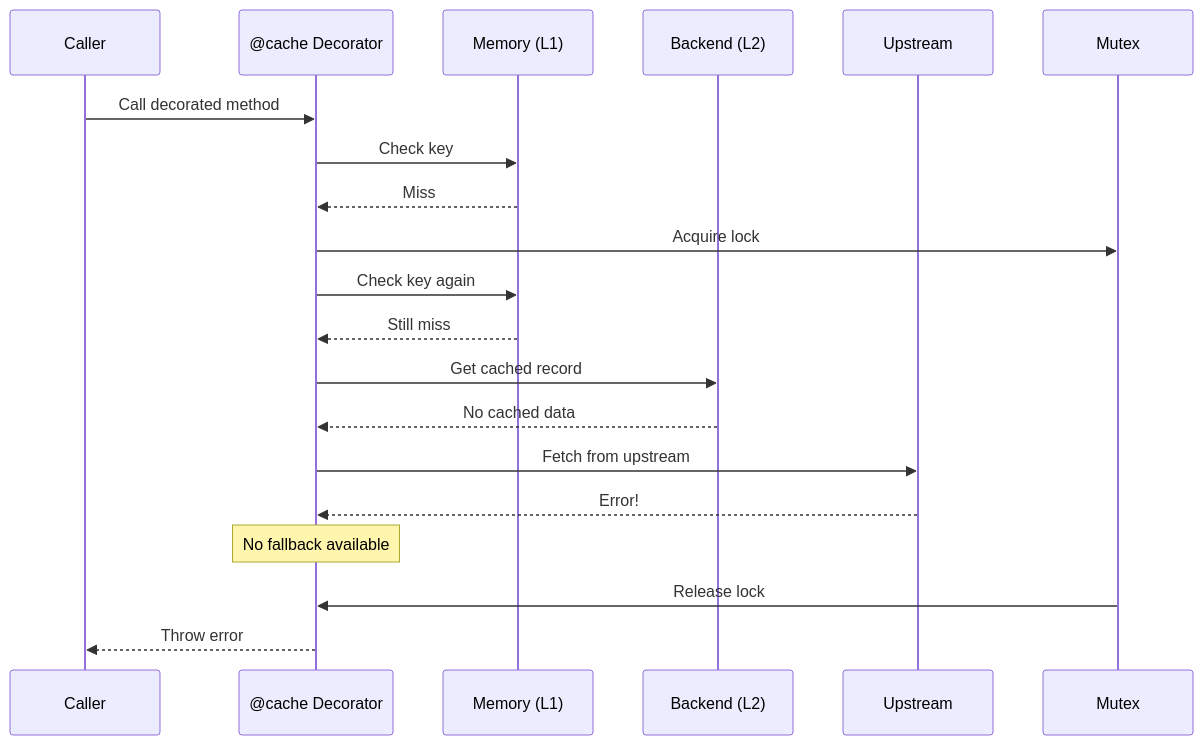
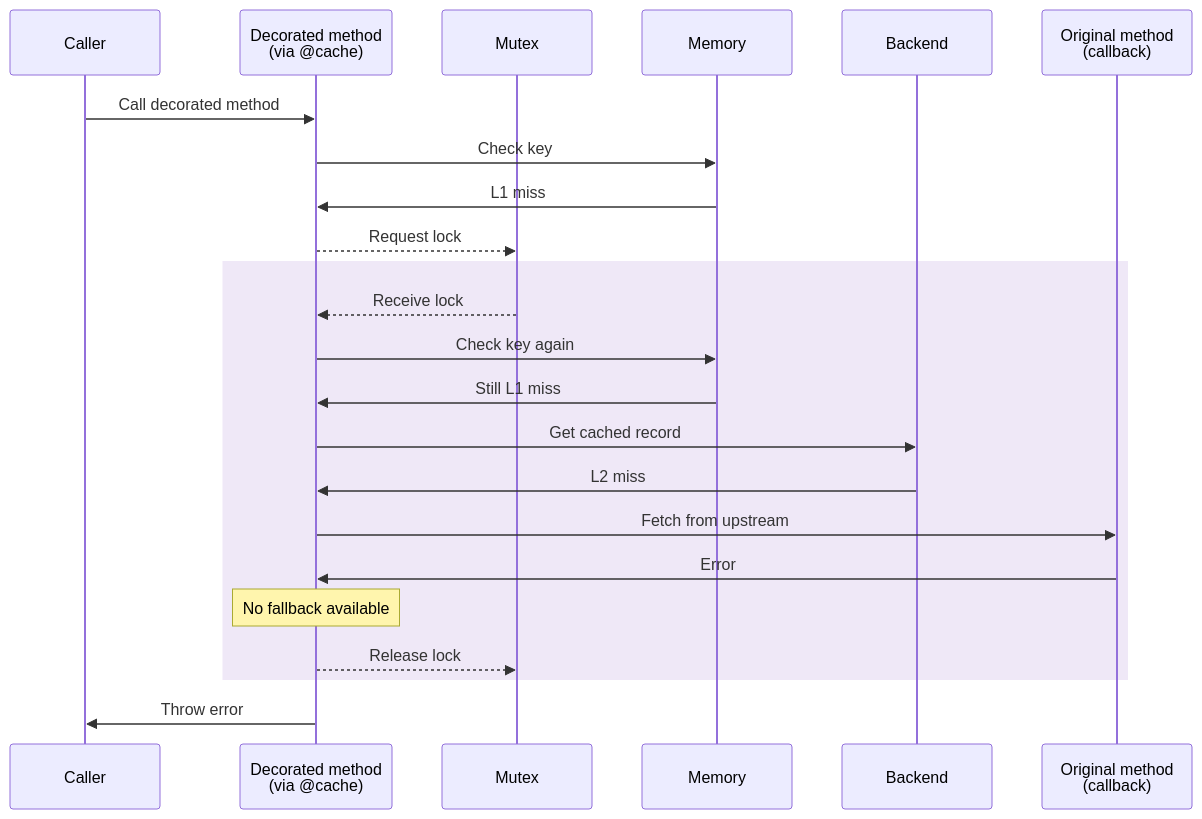
One commit to renovatebot/renovate changed the seventh of 9 diagrams in lib/util/cache/package/readme.md. Above: the diagram before and after it, drawn with Mermaid. The commit also changed other lines of this file, not shown here.

````diff
--- a/lib/util/cache/package/readme.md
+++ b/lib/util/cache/package/readme.md
@@ -208,27 +222,30 @@
 ```mermaid
 sequenceDiagram
     participant C as Caller
-    participant D as @cache Decorator
-    participant M as Memory (L1)
-    participant B as Backend (L2)
-    participant U as Upstream
+    participant D as Decorated method <br/>(via @cache)
     participant X as Mutex
+    participant L1 as Memory
+    participant L2 as Backend
+    participant U as Original method <br/>(callback)
 
     C->>D: Call decorated method
-    D->>M: Check key
-    M-->>D: Miss
+    D->>L1: Check key
+    L1->>D: L1 miss
 
-    D->>X: Acquire lock
-    D->>M: Check key again
-    M-->>D: Still miss
+    D-->>X: Request lock
+    rect rgba(150, 100, 200, 0.15)
+        X-->>D: Receive lock
+        D->>L1: Check key again
+        L1->>D: Still L1 miss
 
-    D->>B: Get cached record
-    B-->>D: No cached data
+        D->>L2: Get cached record
+        L2->>D: L2 miss
 
-    D->>U: Fetch from upstream
-    U-->>D: Error!
+        D->>U: Fetch from upstream
+        U->>D: Error
 
-    Note over D: No fallback available
-    X->>D: Release lock
-    D-->>C: Throw error
+        Note over D: No fallback available
+        D-->>X: Release lock
+    end
+    D->>C: Throw error
 ```
````
